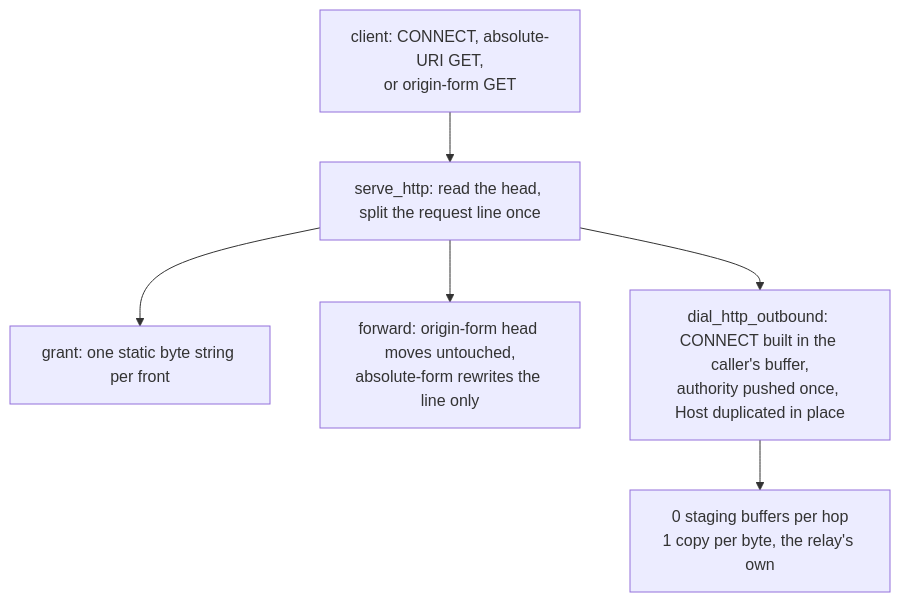
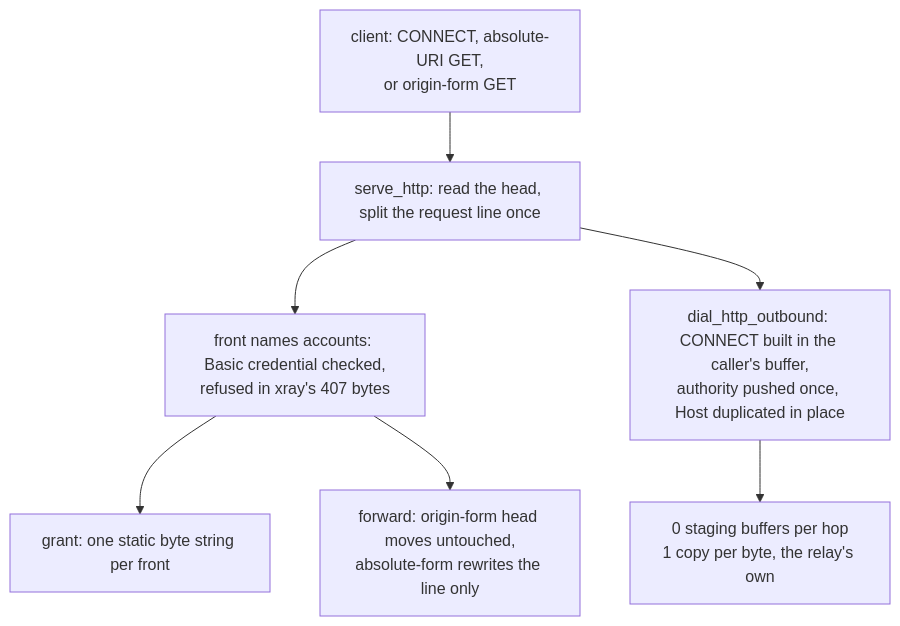
The diagram in docs/function/http-proxy.md (Ferrocite/ferrox), drawn with Mermaid before and after one commit. The commit also changed other lines of this file and 1 other file, not shown here.

Commit message:
http: the front asks for the credential its settings name

````diff
--- a/docs/function/http-proxy.md
+++ b/docs/function/http-proxy.md
@@ -7,8 +9,9 @@
 ```mermaid
 graph TD
     C["client: CONNECT, absolute-URI GET,<br/>or origin-form GET"] --> S["serve_http: read the head, split the request line once"]
-    S --> G["grant: one static byte string per front"]
-    S --> O["forward: origin-form head moves untouched,<br/>absolute-form rewrites the line only"]
+    S --> A["front names accounts: Basic credential checked,<br/>refused in xray's 407 bytes"]
+    A --> G["grant: one static byte string per front"]
+    A --> O["forward: origin-form head moves untouched,<br/>absolute-form rewrites the line only"]
     S --> X["dial_http_outbound: CONNECT built in the caller's buffer,<br/>authority pushed once, Host duplicated in place"]
     X --> Z["0 staging buffers per hop<br/>1 copy per byte, the relay's own"]
 ```
````
